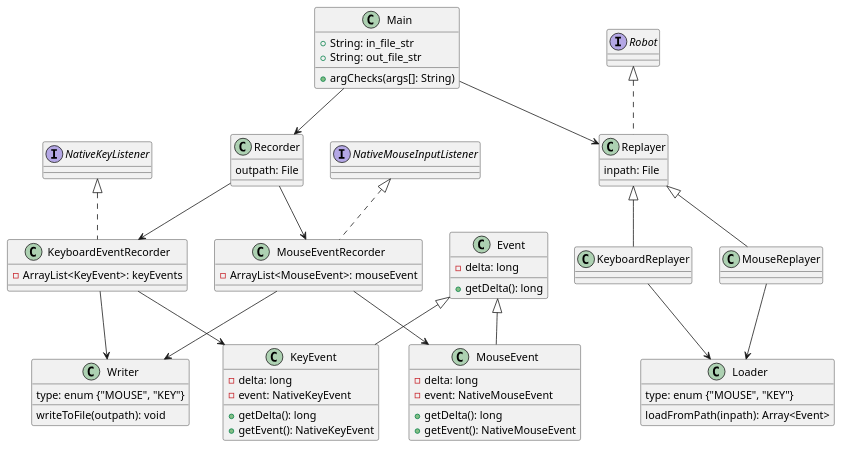
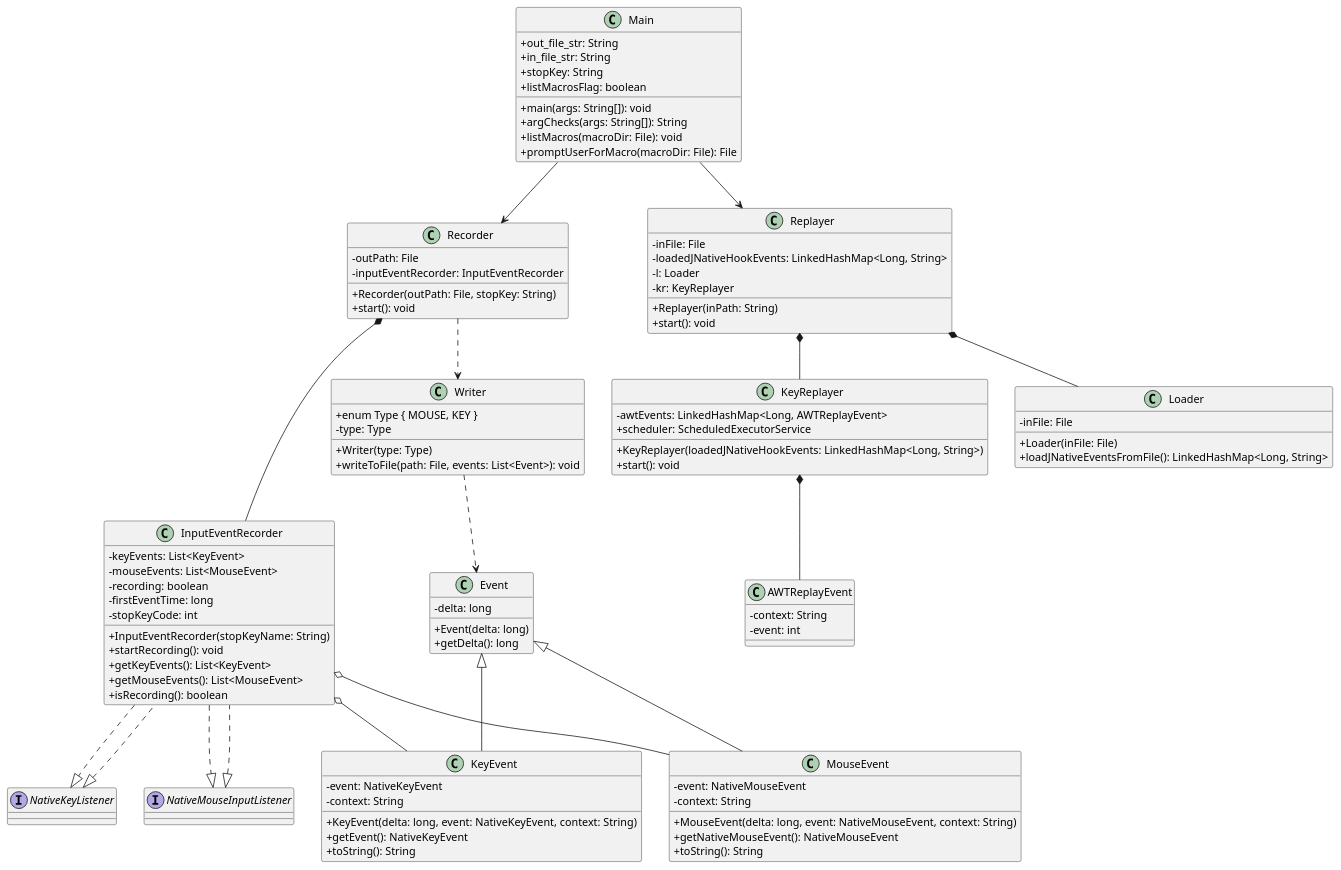
The diagram in classdiagram.puml (cis3296f25/UniversalMacroBuilder), drawn with PlantUML before and after one commit. The commit also changed 1 other file, not shown here.

Commit message:
updates classdiagram

```diff
--- a/classdiagram.puml
+++ b/classdiagram.puml
@@ -1,77 +1,106 @@
 @startuml
+skinparam classAttributeIconSize 0
+
 class Main {
-    ' takes in command line args to either start recording threads or start the robot reproducer
-    + String: in_file_str
-    + String: out_file_str
-    + argChecks(args[]: String)
+  + out_file_str: String
+  + in_file_str: String
+  + stopKey: String
+  + listMacrosFlag: boolean
+  + main(args: String[]): void
+  + argChecks(args: String[]): String
+  + listMacros(macroDir: File): void
+  + promptUserForMacro(macroDir: File): File
 }
 
 class Recorder {
-    ' this class simply starts and synchronizes the keyboard and mouse event recorders
-    outpath: File
+  - outPath: File
+  - inputEventRecorder: InputEventRecorder
+  + Recorder(outPath: File, stopKey: String)
+  + start(): void
 }
 
-class Replayer implements Robot {
-    inpath: File
+class Replayer {
+  - inFile: File
+  - loadedJNativeHookEvents: LinkedHashMap<Long, String>
+  - l: Loader
+  - kr: KeyReplayer
+  + Replayer(inPath: String)
+  + start(): void
 }
 
-class KeyboardReplayer extends Replayer {
+class KeyReplayer {
+  - awtEvents: LinkedHashMap<Long, AWTReplayEvent>
+  + scheduler: ScheduledExecutorService
+  + KeyReplayer(loadedJNativeHookEvents: LinkedHashMap<Long, String>)
+  + start(): void
 }
 
-class MouseReplayer extends Replayer
+class AWTReplayEvent {
+  - context: String
+  - event: int
+}
 
 class Writer {
-    type: enum {"MOUSE", "KEY"}
-    writeToFile(outpath): void
+  + enum Type { MOUSE, KEY }
+  - type: Type
+  + Writer(type: Type)
+  + writeToFile(path: File, events: List<Event>): void
 }
 
 class Loader {
-    type: enum {"MOUSE", "KEY"}
-    loadFromPath(inpath): Array<Event>
+  - inFile: File
+  + Loader(inFile: File)
+  + loadJNativeEventsFromFile(): LinkedHashMap<Long, String>
 }
 
-
-class KeyboardEventRecorder implements NativeKeyListener {
-    ' this thread will record keyboard input and save the input to an arraylist of keyevent. may potentially need multithreading and syncronization to allow multiple key presses to be recorded at the same time?
-    - ArrayList<KeyEvent>: keyEvents
-}
-
-class MouseEventRecorder implements NativeMouseInputListener {
-    ' this thread will record mouse input similarly to the keyboard recorder
-    - ArrayList<MouseEvent>: mouseEvent
+class InputEventRecorder implements NativeKeyListener, NativeMouseInputListener {
+  - keyEvents: List<KeyEvent>
+  - mouseEvents: List<MouseEvent>
+  - recording: boolean
+  - firstEventTime: long
+  - stopKeyCode: int
+  + InputEventRecorder(stopKeyName: String)
+  + startRecording(): void
+  + getKeyEvents(): List<KeyEvent>
+  + getMouseEvents(): List<MouseEvent>
+  + isRecording(): boolean
 }
 
 class Event {
-    - delta: long
-    + getDelta(): long
+  - delta: long
+  + Event(delta: long)
+  + getDelta(): long
+}
 
-}
 class KeyEvent extends Event {
-    - delta: long
-    - event: NativeKeyEvent
-    + getDelta(): long
-    + getEvent(): NativeKeyEvent
+  - event: NativeKeyEvent
+  - context: String
+  + KeyEvent(delta: long, event: NativeKeyEvent, context: String)
+  + getEvent(): NativeKeyEvent
+  + toString(): String
 }
 
 class MouseEvent extends Event {
-    - delta: long
-    - event: NativeMouseEvent
-    + getDelta(): long
-    + getEvent(): NativeMouseEvent
+  - event: NativeMouseEvent
+  - context: String
+  + MouseEvent(delta: long, event: NativeMouseEvent, context: String)
+  + getNativeMouseEvent(): NativeMouseEvent
+  + toString(): String
 }
 
 Main --> Recorder
-Recorder --> MouseEventRecorder
-Recorder --> KeyboardEventRecorder
-MouseEventRecorder --> MouseEvent
-KeyboardEventRecorder --> KeyEvent
 Main --> Replayer
-
-KeyboardReplayer --> Loader
-MouseReplayer --> Loader
-
-KeyboardEventRecorder --> Writer
-MouseEventRecorder --> Writer
-
+Recorder *-- InputEventRecorder
+Recorder ..> Writer
+InputEventRecorder o-- KeyEvent
+InputEventRecorder o-- MouseEvent
+Replayer *-- Loader
+Replayer *-- KeyReplayer
+KeyReplayer *-- AWTReplayEvent
+Writer ..> Event
+interface NativeKeyListener
+interface NativeMouseInputListener
+InputEventRecorder ..|> NativeKeyListener
+InputEventRecorder ..|> NativeMouseInputListener
 
 @enduml
```
